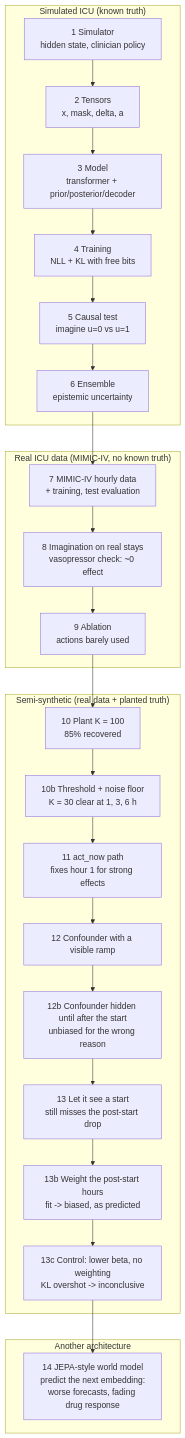
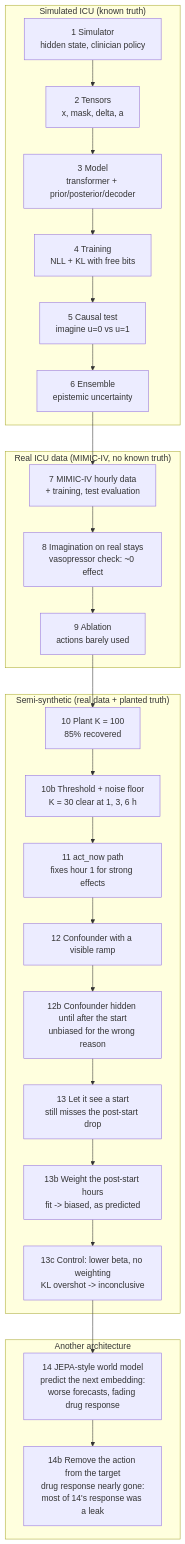
The first of 3 diagrams in docs/JOURNEY.md (seyedhasanmirhoseini1367/icu-world-model), drawn with Mermaid before and after one commit. The commit also changed other lines of this file and 36 other files, not shown here.

First line of the commit message:
Stage 14b results: leak-fixed JEPA target, verdict "confirmed"

````diff
--- a/docs/JOURNEY.md
+++ b/docs/JOURNEY.md
@@ -10,29 +10,30 @@
 ```mermaid
 flowchart TD
     subgraph SIM["Simulated ICU (known truth)"]
         S1["1 Simulator<br/>hidden state, clinician policy"] --> S2["2 Tensors<br/>x, mask, delta, a"]
         S2 --> S3["3 Model<br/>transformer + prior/posterior/decoder"]
         S3 --> S4["4 Training<br/>NLL + KL with free bits"]
         S4 --> S5["5 Causal test<br/>imagine u=0 vs u=1"]
         S5 --> S6["6 Ensemble<br/>epistemic uncertainty"]
     end
     subgraph REAL["Real ICU data (MIMIC-IV, no known truth)"]
         S7["7 MIMIC-IV hourly data<br/>+ training, test evaluation"] --> S8["8 Imagination on real stays<br/>vasopressor check: ~0 effect"]
         S8 --> S9["9 Ablation<br/>actions barely used"]
     end
     subgraph SEMI["Semi-synthetic (real data + planted truth)"]
         S10["10 Plant K = 100<br/>85% recovered"] --> S10b["10b Threshold + noise floor<br/>K = 30 clear at 1, 3, 6 h"]
         S10b --> S11["11 act_now path<br/>fixes hour 1 for strong effects"]
         S11 --> S12["12 Confounder with a visible ramp"]
         S12 --> S12b["12b Confounder hidden until after the start<br/>unbiased for the wrong reason"]
         S12b --> S13["13 Let it see a start<br/>still misses the post-start drop"]
         S13 --> S13b["13b Weight the post-start hours<br/>fit -> biased, as predicted"]
         S13b --> S13c["13c Control: lower beta, no weighting<br/>KL overshot -> inconclusive"]
     end
     subgraph ARCH["Another architecture"]
         S14["14 JEPA-style world model<br/>predict the next embedding:<br/>worse forecasts, fading drug response"]
+        S14 --> S14b["14b Remove the action from the target<br/>drug response nearly gone:<br/>most of 14's response was a leak"]
     end
     S6 --> S7
     S9 --> S10
     S13c --> S14
 ```
````
